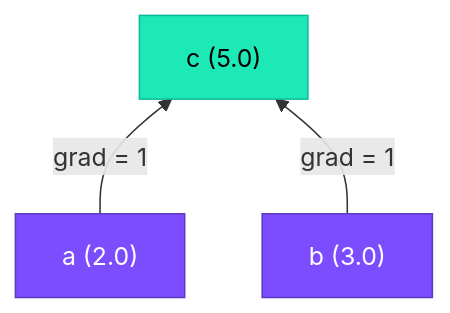
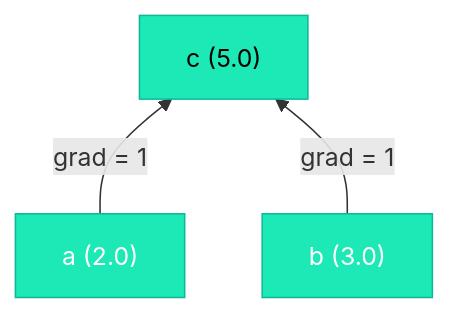
One commit to iamkhalid2/microgpt-course changed the first of 3 diagrams in docs/02-calculus-and-autograd/02-the-value-class.md. Above: the diagram before and after it, drawn with Mermaid. The commit also changed other lines of this file and 23 other files, not shown here.

````diff
--- a/docs/02-calculus-and-autograd/02-the-value-class.md
+++ b/docs/02-calculus-and-autograd/02-the-value-class.md
@@ -65,9 +65,9 @@
     ```mermaid
     flowchart BT
         A["a (2.0)"] -- "grad = 1" --> C["c (5.0)"]
         B["b (3.0)"] -- "grad = 1" --> C
 
         style C fill:#1de9b6,stroke:#0db99a,color:#000
-        style A fill:#7c4dff,stroke:#5c3cbf,color:#fff
-        style B fill:#7c4dff,stroke:#5c3cbf,color:#fff
+        style A fill:#1de9b6,stroke:#0db99a,color:#fff
+        style B fill:#1de9b6,stroke:#0db99a,color:#fff
     ```
````
